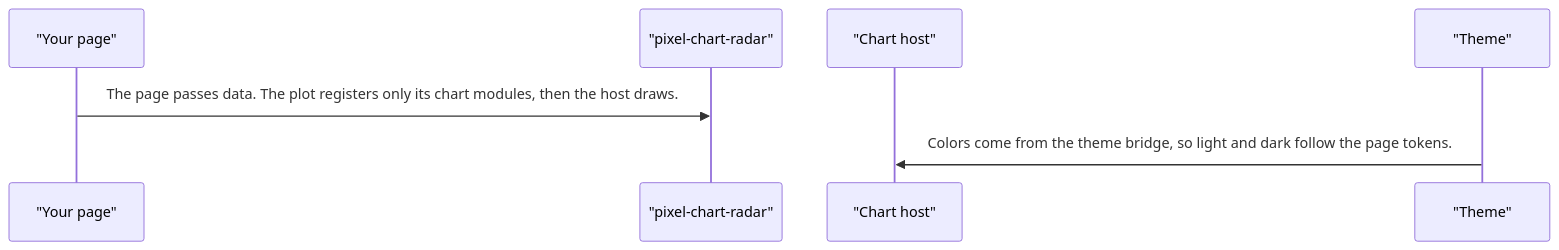
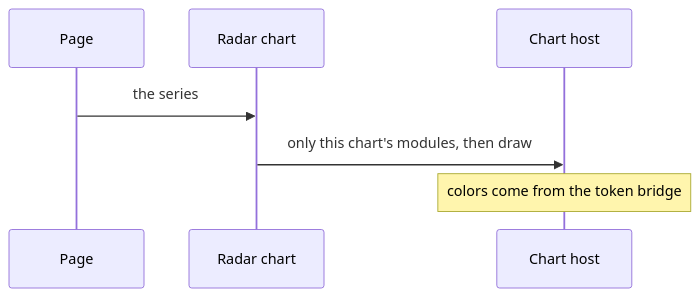
Before and after one commit to RajshekharBorate/pixel-ui: the second of 4 diagrams in projects/pixel-ui/src/lib/pixel-chart-radar/DESIGN.md, drawn with Mermaid. The commit also changed other lines of this file and 73 other files, not shown here.

Commit message:
Explain who owns each value and what each flow does in every component and service design.

````diff
--- a/projects/pixel-ui/src/lib/pixel-chart-radar/DESIGN.md
+++ b/projects/pixel-ui/src/lib/pixel-chart-radar/DESIGN.md
@@ -51,9 +70,9 @@
 ```mermaid
 sequenceDiagram
-  participant page as "Your page"
-  participant plot as "pixel-chart-radar"
-  participant host as "Chart host"
-  participant theme as "Theme"
-  page->>plot: The page passes data. The plot registers only its chart modules, then the host draws.
-  theme->>host: Colors come from the theme bridge, so light and dark follow the page tokens.
+  participant Page
+  participant Plot as Radar chart
+  participant Host as Chart host
+  Page->>Plot: the series
+  Plot->>Host: only this chart's modules, then draw
+  Note over Host: colors come from the token bridge
 ```
````
